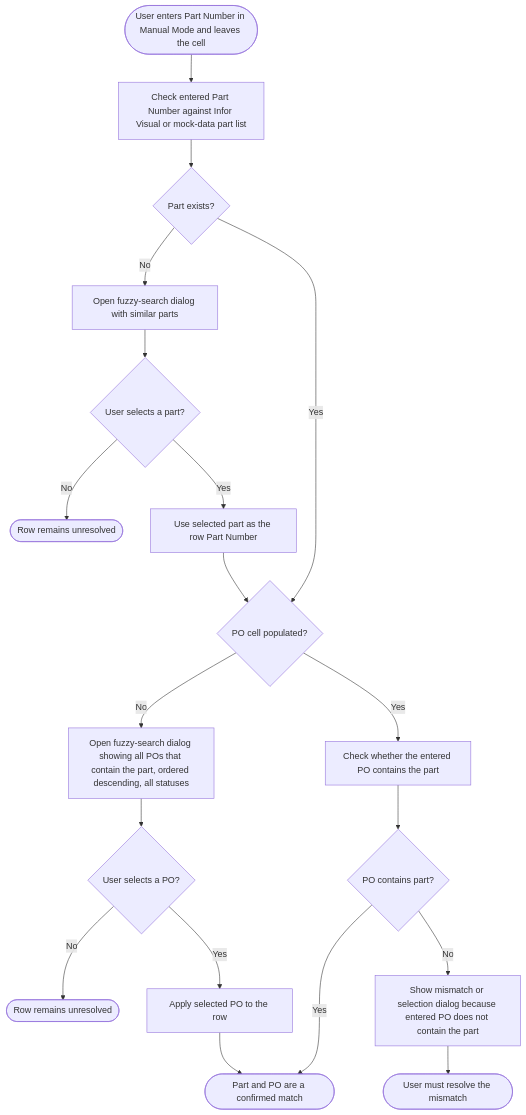
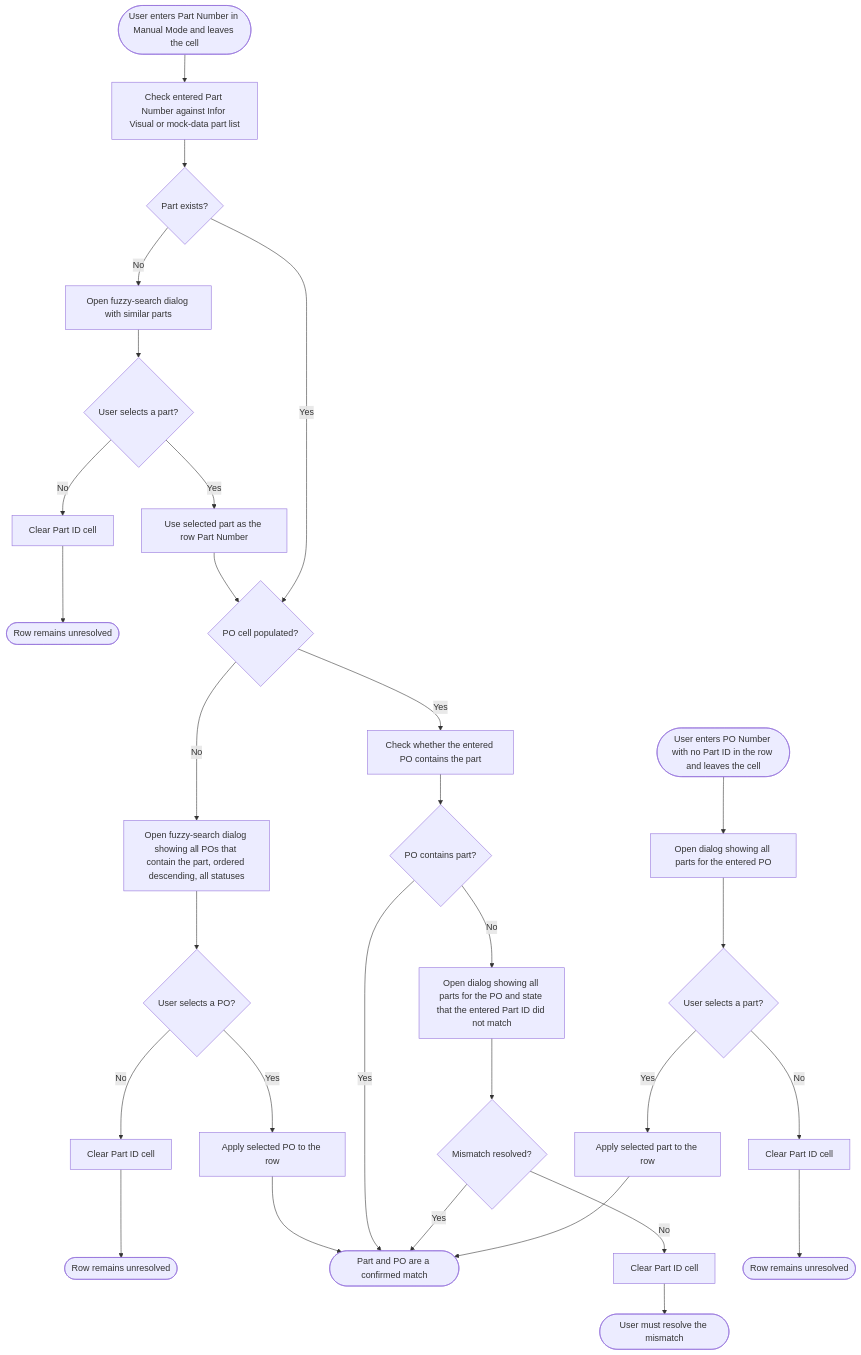
One commit to JDKoll1982/MTM_Receiving_Application changed the second of 2 diagrams in docs/Modules/Module_Receiving/Manual-Mode-Part-PO-Workflow-Comparison.md. Above: the diagram before and after it, drawn with Mermaid. The commit also changed other lines of this file, not shown here.

Commit message:
Enhance Manual Mode workflow documentation with detailed part and PO selection processes, including fuzzy search and mismatch handling

````diff
--- a/docs/Modules/Module_Receiving/Manual-Mode-Part-PO-Workflow-Comparison.md
+++ b/docs/Modules/Module_Receiving/Manual-Mode-Part-PO-Workflow-Comparison.md
@@ -35,21 +36,33 @@
 ```mermaid
 flowchart TD
   WInt_Start([User enters Part Number in Manual Mode and leaves the cell]) --> WInt_CheckPart[Check entered Part Number against Infor Visual or mock-data part list]
   WInt_CheckPart --> WInt_PartFound{Part exists?}
   WInt_PartFound -->|No| WInt_ShowPartFuzzy[Open fuzzy-search dialog with similar parts]
   WInt_ShowPartFuzzy --> WInt_UserChoosesPart{User selects a part?}
-  WInt_UserChoosesPart -->|No| WInt_PartCancelEnd([Row remains unresolved])
+  WInt_UserChoosesPart -->|No| WInt_ClearPartAfterPartCancel[Clear Part ID cell]
+  WInt_ClearPartAfterPartCancel --> WInt_PartCancelEnd([Row remains unresolved])
   WInt_UserChoosesPart -->|Yes| WInt_UseChosenPart[Use selected part as the row Part Number]
   WInt_UseChosenPart --> WInt_CheckPOCell
   WInt_PartFound -->|Yes| WInt_CheckPOCell{PO cell populated?}
   WInt_CheckPOCell -->|No| WInt_ShowPOList[Open fuzzy-search dialog showing all POs that contain the part, ordered descending, all statuses]
   WInt_ShowPOList --> WInt_UserChoosesPO{User selects a PO?}
-  WInt_UserChoosesPO -->|No| WInt_POCancelEnd([Row remains unresolved])
+  WInt_UserChoosesPO -->|No| WInt_ClearPartAfterPoCancel[Clear Part ID cell]
+  WInt_ClearPartAfterPoCancel --> WInt_POCancelEnd([Row remains unresolved])
   WInt_UserChoosesPO -->|Yes| WInt_ApplyPO[Apply selected PO to the row]
   WInt_ApplyPO --> WInt_Done([Part and PO are a confirmed match])
   WInt_CheckPOCell -->|Yes| WInt_CheckPOContainsPart[Check whether the entered PO contains the part]
   WInt_CheckPOContainsPart --> WInt_POHasPart{PO contains part?}
   WInt_POHasPart -->|Yes| WInt_Done
-  WInt_POHasPart -->|No| WInt_ShowPOMismatch[Show mismatch or selection dialog because entered PO does not contain the part]
-  WInt_ShowPOMismatch --> WInt_MismatchEnd([User must resolve the mismatch])
+  WInt_POHasPart -->|No| WInt_ShowPOMismatch[Open dialog showing all parts for the PO and state that the entered Part ID did not match]
+  WInt_ShowPOMismatch --> WInt_MismatchResolved{Mismatch resolved?}
+  WInt_MismatchResolved -->|Yes| WInt_Done
+  WInt_MismatchResolved -->|No| WInt_ClearPartAfterMismatch[Clear Part ID cell]
+  WInt_ClearPartAfterMismatch --> WInt_MismatchEnd([User must resolve the mismatch])
+
+  WInt_POFirstStart([User enters PO Number with no Part ID in the row and leaves the cell]) --> WInt_ShowPoParts[Open dialog showing all parts for the entered PO]
+  WInt_ShowPoParts --> WInt_UserChoosesPoPart{User selects a part?}
+  WInt_UserChoosesPoPart -->|Yes| WInt_ApplyPoPart[Apply selected part to the row]
+  WInt_ApplyPoPart --> WInt_Done
+  WInt_UserChoosesPoPart -->|No| WInt_ClearPartAfterPoFirstCancel[Clear Part ID cell]
+  WInt_ClearPartAfterPoFirstCancel --> WInt_PoFirstUnresolved([Row remains unresolved])
 ```
````
